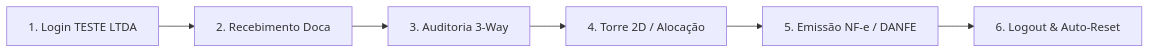
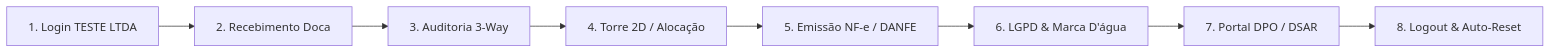
Before and after one commit to danielsoutolopes-cell/gadap-armazem: the diagram in ROTEIRO_DE_APRENDIZAGEM.md, drawn with Mermaid. The commit also changed other lines of this file and 11 other files, not shown here.

Commit message:
feat(lgpd): conformidade integral LGPD, modulo DPO/DSAR, mascaramento dinâmico PII, testes ultrarigorosos com score 100 em PDF e atualizacao dos manuais

````diff
--- a/ROTEIRO_DE_APRENDIZAGEM.md
+++ b/ROTEIRO_DE_APRENDIZAGEM.md
@@ -14,8 +14,10 @@
 ```mermaid
 flowchart LR
     A["1. Login TESTE LTDA"] --> B["2. Recebimento Doca"]
     B --> C["3. Auditoria 3-Way"]
     C --> D["4. Torre 2D / Alocação"]
     D --> E["5. Emissão NF-e / DANFE"]
-    E --> F["6. Logout & Auto-Reset"]
+    E --> F["6. LGPD & Marca D'água"]
+    F --> G["7. Portal DPO / DSAR"]
+    G --> H["8. Logout & Auto-Reset"]
 ```
````
